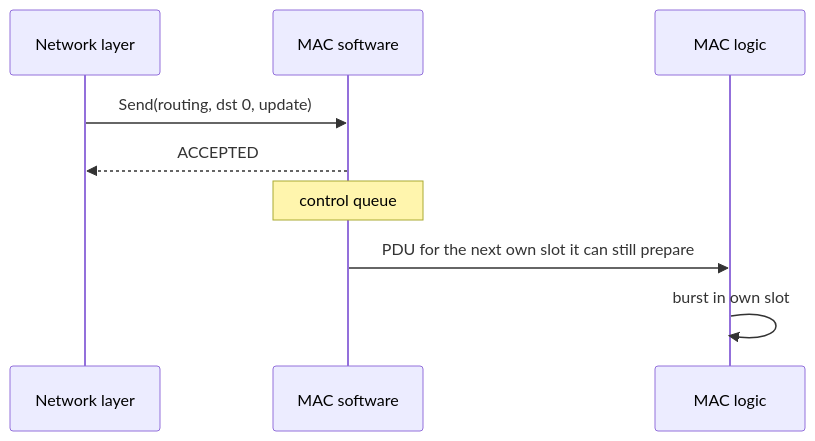
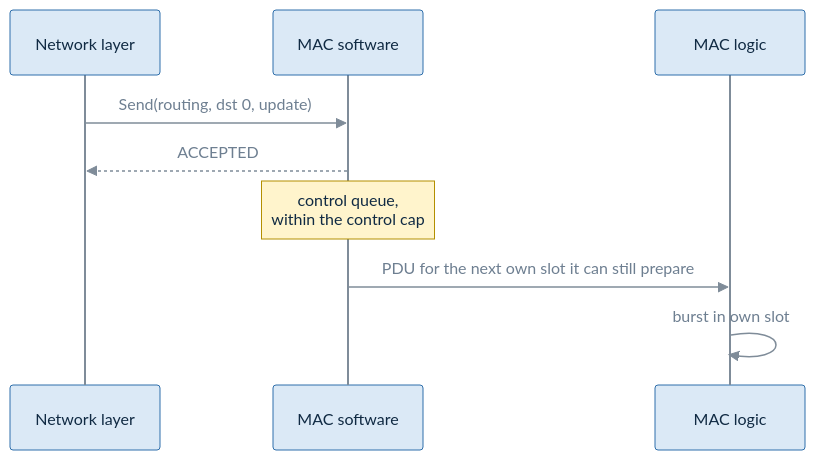
The fifth of 5 diagrams in docs/MAC-NETWORK-INTERFACE.md (akhil-osl/hh-sdr-manet), drawn with Mermaid before and after one commit. The commit also changed other lines of this file and 1 other file, not shown here.

````diff
--- a/docs/MAC-NETWORK-INTERFACE.md
+++ b/docs/MAC-NETWORK-INTERFACE.md
@@ -1067,11 +1530,12 @@
 ```mermaid
+%%{init: {'theme':'base','themeVariables':{'primaryColor':'#dbe9f6','primaryTextColor':'#102a43','primaryBorderColor':'#2f6fab','secondaryColor':'#e3f0dc','tertiaryColor':'#f6efe0','lineColor':'#7f8c99','textColor':'#6e7f91','edgeLabelBackground':'#f3f6f9','clusterBkg':'#eef2f6','clusterBorder':'#7f8c99','noteBkgColor':'#fff4cc','noteTextColor':'#102a43','noteBorderColor':'#b38f00','actorBkg':'#dbe9f6','actorBorder':'#2f6fab','actorTextColor':'#102a43','actorLineColor':'#7f8c99','signalColor':'#7f8c99','signalTextColor':'#6e7f91','labelBoxBkgColor':'#dbe9f6','labelTextColor':'#102a43','stateLabelColor':'#102a43','transitionColor':'#7f8c99','transitionLabelColor':'#6e7f91'}}}%%
 sequenceDiagram
     participant N as Network layer
     participant S as MAC software
     participant L as MAC logic
     N->>S: Send(routing, dst 0, update)
     S-->>N: ACCEPTED
-    Note over S: control queue
+    Note over S: control queue,<br/>within the control cap
     S->>L: PDU for the next own slot it can still prepare
     L->>L: burst in own slot
 ```
````
